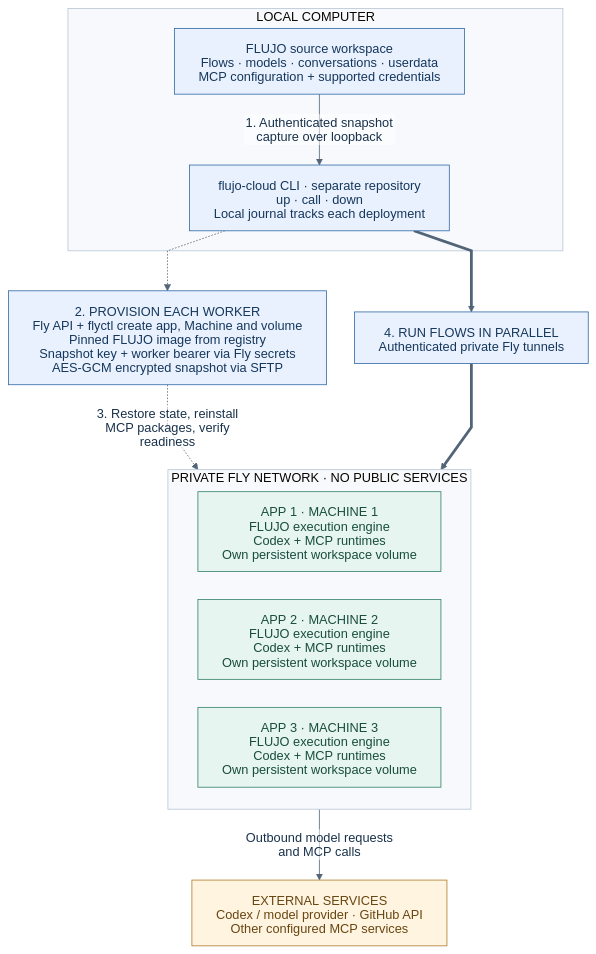
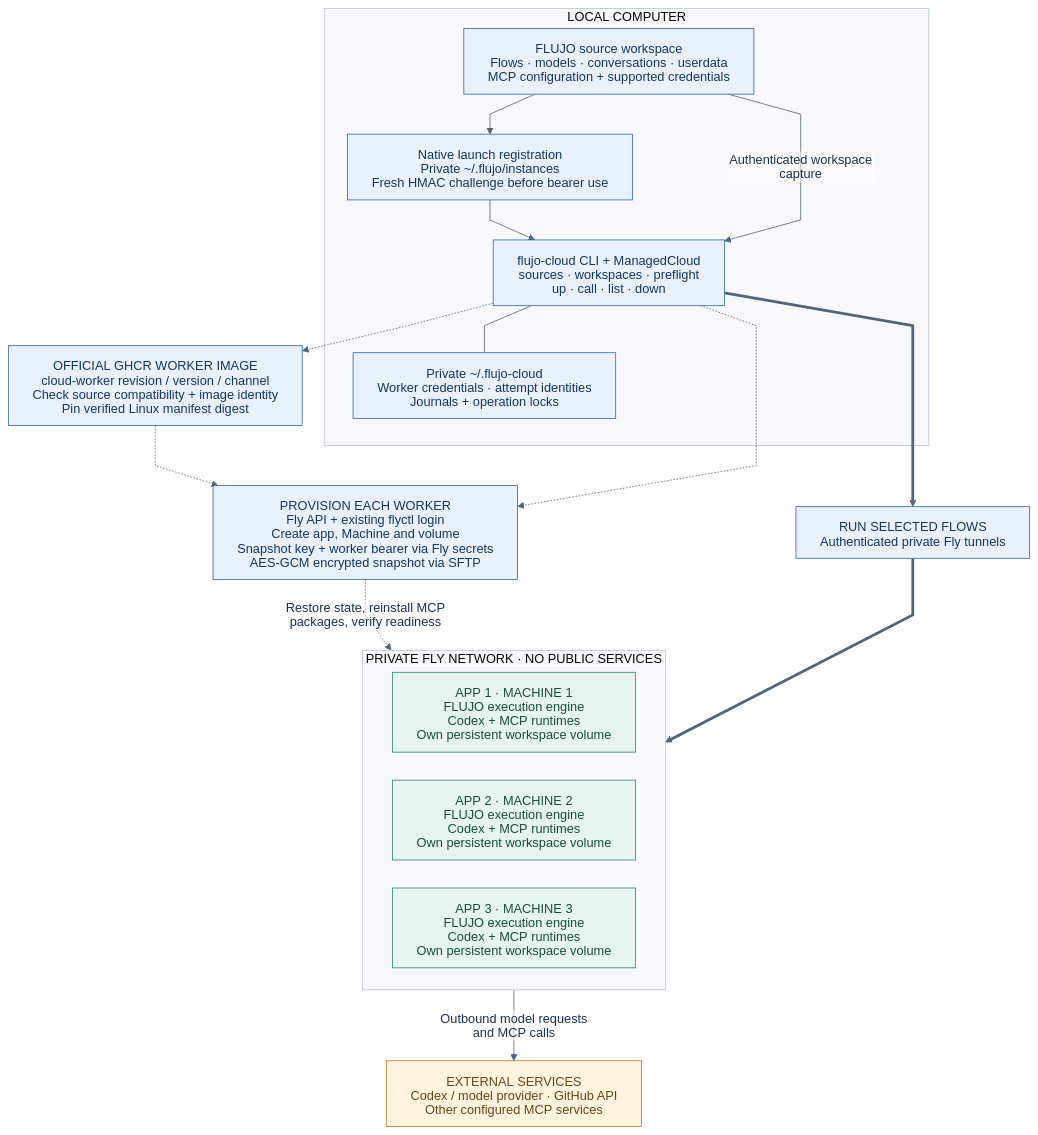
One commit to flujo-app/flujo-cloud changed the diagram in docs/diagrams/deployment.mmd. Above: the diagram before and after it, drawn with Mermaid. The commit also changed 15 other files, not shown here.

Commit message:
Manage FLUJO discovery, compatible images and worker credentials

```diff
--- a/docs/diagrams/deployment.mmd
+++ b/docs/diagrams/deployment.mmd
@@ -1,31 +1,37 @@
 %%{init: {"theme":"base","fontFamily":"Arial","htmlLabels":false,"themeCSS":".edgeLabel rect { opacity: 1 !important; }","themeVariables":{"fontFamily":"Arial","fontSize":"16px","clusterBkg":"#f7f9fc","clusterBorder":"#b8c6d5","lineColor":"#526578","primaryTextColor":"#19324b","edgeLabelBackground":"#ffffff"},"flowchart":{"htmlLabels":false,"wrappingWidth":360,"curve":"linear","nodeSpacing":35,"rankSpacing":50}}}%%
 flowchart TB
   subgraph local["LOCAL COMPUTER"]
     source["FLUJO source workspace<br/>Flows · models · conversations · userdata<br/>MCP configuration + supported credentials"]
-    bridge["flujo-cloud CLI · separate repository<br/>up · call · down<br/>Local journal tracks each deployment"]
-    source -->|"1. Authenticated snapshot capture over loopback"| bridge
+    discovery["Native launch registration<br/>Private ~/.flujo/instances<br/>Fresh HMAC challenge before bearer use"]
+    bridge["flujo-cloud CLI + ManagedCloud<br/>sources · workspaces · preflight<br/>up · call · list · down"]
+    storage["Private ~/.flujo-cloud<br/>Worker credentials · attempt identities<br/>Journals + operation locks"]
+    source --> discovery --> bridge
+    bridge --- storage
+    source -->|"Authenticated workspace capture"| bridge
   end
 
-  bootstrap["2. PROVISION EACH WORKER<br/>Fly API + flyctl create app, Machine and volume<br/>Pinned FLUJO image from registry<br/>Snapshot key + worker bearer via Fly secrets<br/>AES-GCM encrypted snapshot via SFTP"]
-  calls["4. RUN FLOWS IN PARALLEL<br/>Authenticated private Fly tunnels"]
+  registry["OFFICIAL GHCR WORKER IMAGE<br/>cloud-worker revision / version / channel<br/>Check source compatibility + image identity<br/>Pin verified Linux manifest digest"]
+  bootstrap["PROVISION EACH WORKER<br/>Fly API + existing flyctl login<br/>Create app, Machine and volume<br/>Snapshot key + worker bearer via Fly secrets<br/>AES-GCM encrypted snapshot via SFTP"]
+  calls["RUN SELECTED FLOWS<br/>Authenticated private Fly tunnels"]
 
   subgraph fleet["PRIVATE FLY NETWORK · NO PUBLIC SERVICES"]
     direction LR
     w1["APP 1 · MACHINE 1<br/>FLUJO execution engine<br/>Codex + MCP runtimes<br/>Own persistent workspace volume"]
     w2["APP 2 · MACHINE 2<br/>FLUJO execution engine<br/>Codex + MCP runtimes<br/>Own persistent workspace volume"]
     w3["APP 3 · MACHINE 3<br/>FLUJO execution engine<br/>Codex + MCP runtimes<br/>Own persistent workspace volume"]
   end
 
   services["EXTERNAL SERVICES<br/>Codex / model provider · GitHub API<br/>Other configured MCP services"]
 
+  bridge -.-> registry -.-> bootstrap
   bridge -.-> bootstrap
-  bootstrap -.->|"3. Restore state, reinstall MCP packages, verify readiness"| fleet
+  bootstrap -.->|"Restore state, reinstall MCP packages, verify readiness"| fleet
   bridge ==> calls ==> fleet
   fleet -->|"Outbound model requests and MCP calls"| services
 
   classDef control fill:#e9f1ff,stroke:#3169a5,color:#15375b
   classDef worker fill:#e6f5ef,stroke:#34806a,color:#194d3e
   classDef external fill:#fff4df,stroke:#ac7c2b,color:#684612
-  class source,bridge,bootstrap,calls control
+  class source,discovery,bridge,storage,registry,bootstrap,calls control
   class w1,w2,w3 worker
   class services external
```
